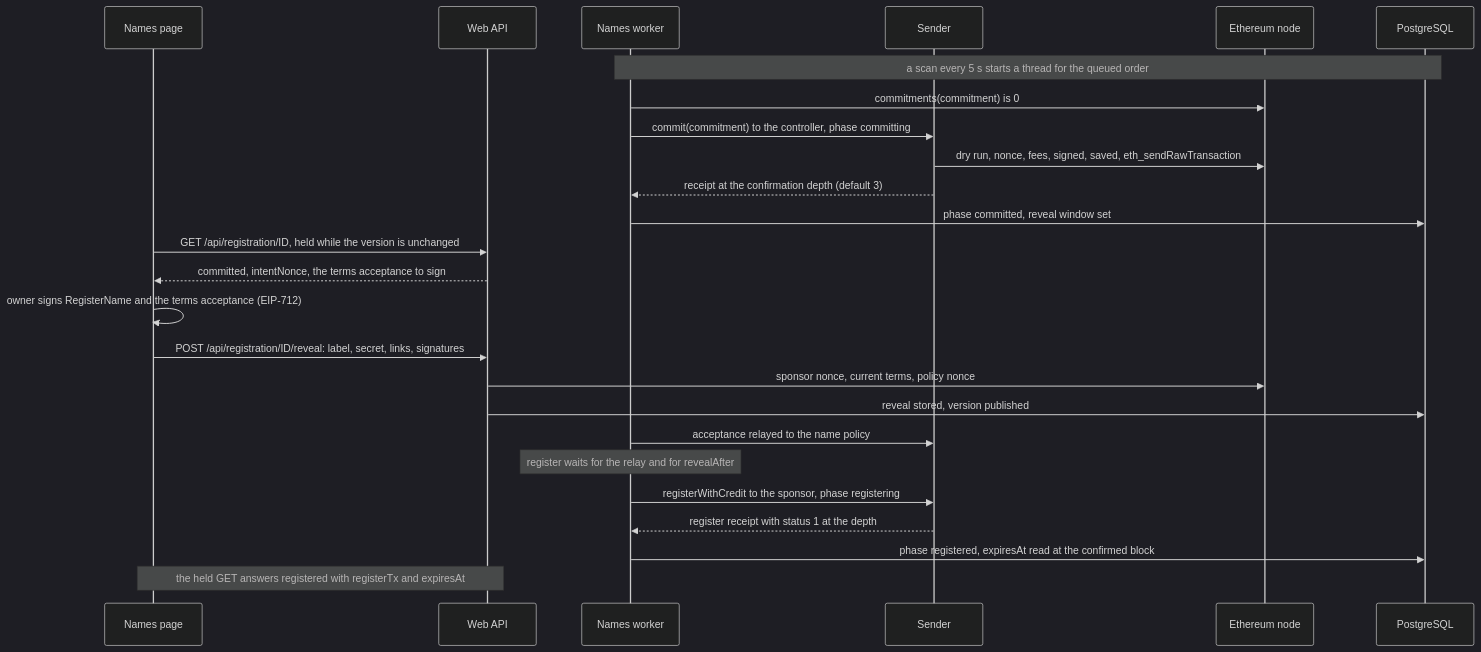
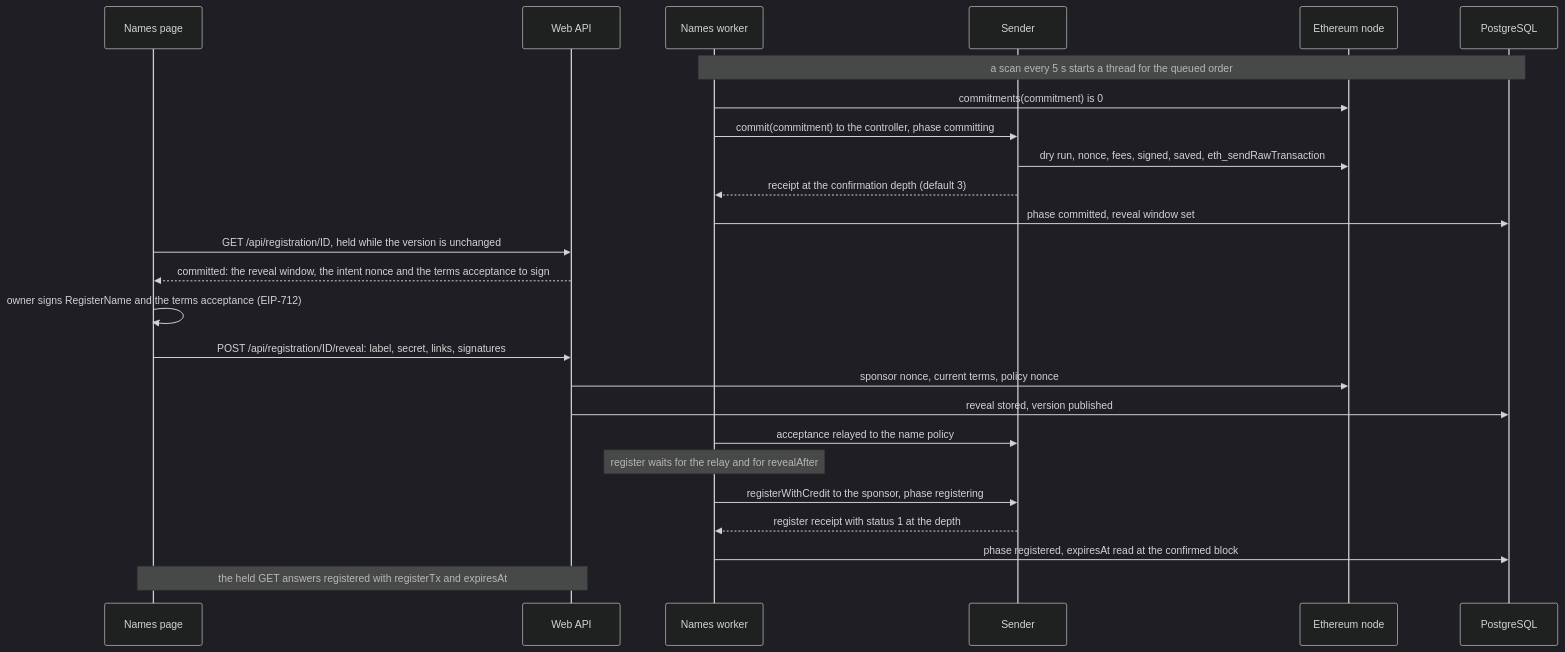
One commit to simplex-chat/simplex-chat changed the third of 14 diagrams in apps/simplex-store-service/docs/names.md. Above: the diagram before and after it, drawn with Mermaid (dark theme). The commit also changed other lines of this file and 13 other files, not shown here.

````diff
--- a/apps/simplex-store-service/docs/names.md
+++ b/apps/simplex-store-service/docs/names.md
@@ -204,27 +204,27 @@
 ```mermaid
 sequenceDiagram
   participant P as Names page
   participant W as Web API
   participant K as Names worker
   participant S as Sender
   participant E as Ethereum node
   participant D as PostgreSQL
   Note over K,D: a scan every 5 s starts a thread for the queued order
   K->>E: commitments(commitment) is 0
   K->>S: commit(commitment) to the controller, phase committing
   S->>E: dry run, nonce, fees, signed, saved, eth_sendRawTransaction
   S-->>K: receipt at the confirmation depth (default 3)
   K->>D: phase committed, reveal window set
   P->>W: GET /api/registration/ID, held while the version is unchanged
-  W-->>P: committed, intentNonce, the terms acceptance to sign
+  W-->>P: committed: the reveal window, the intent nonce and the terms acceptance to sign
   P->>P: owner signs RegisterName and the terms acceptance (EIP-712)
   P->>W: POST /api/registration/ID/reveal: label, secret, links, signatures
   W->>E: sponsor nonce, current terms, policy nonce
   W->>D: reveal stored, version published
   K->>S: acceptance relayed to the name policy
   Note over K: register waits for the relay and for revealAfter
   K->>S: registerWithCredit to the sponsor, phase registering
   S-->>K: register receipt with status 1 at the depth
   K->>D: phase registered, expiresAt read at the confirmed block
   Note over P,W: the held GET answers registered with registerTx and expiresAt
 ```
````
